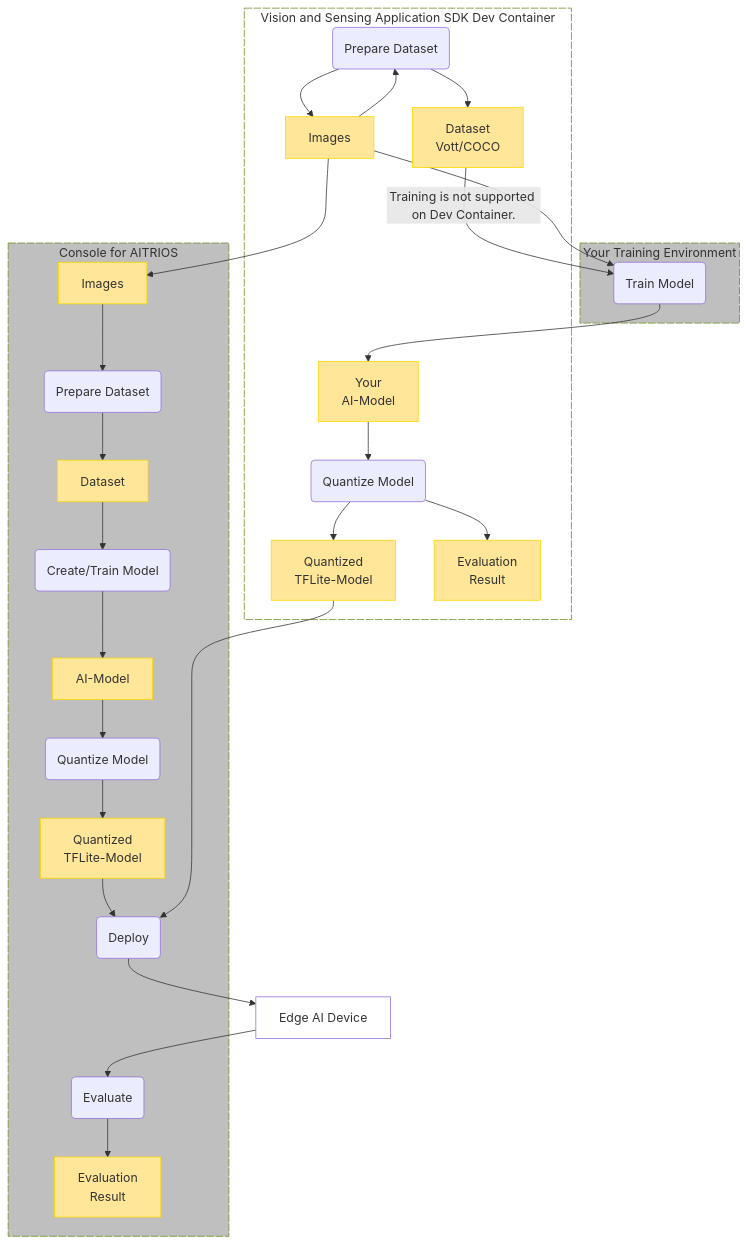
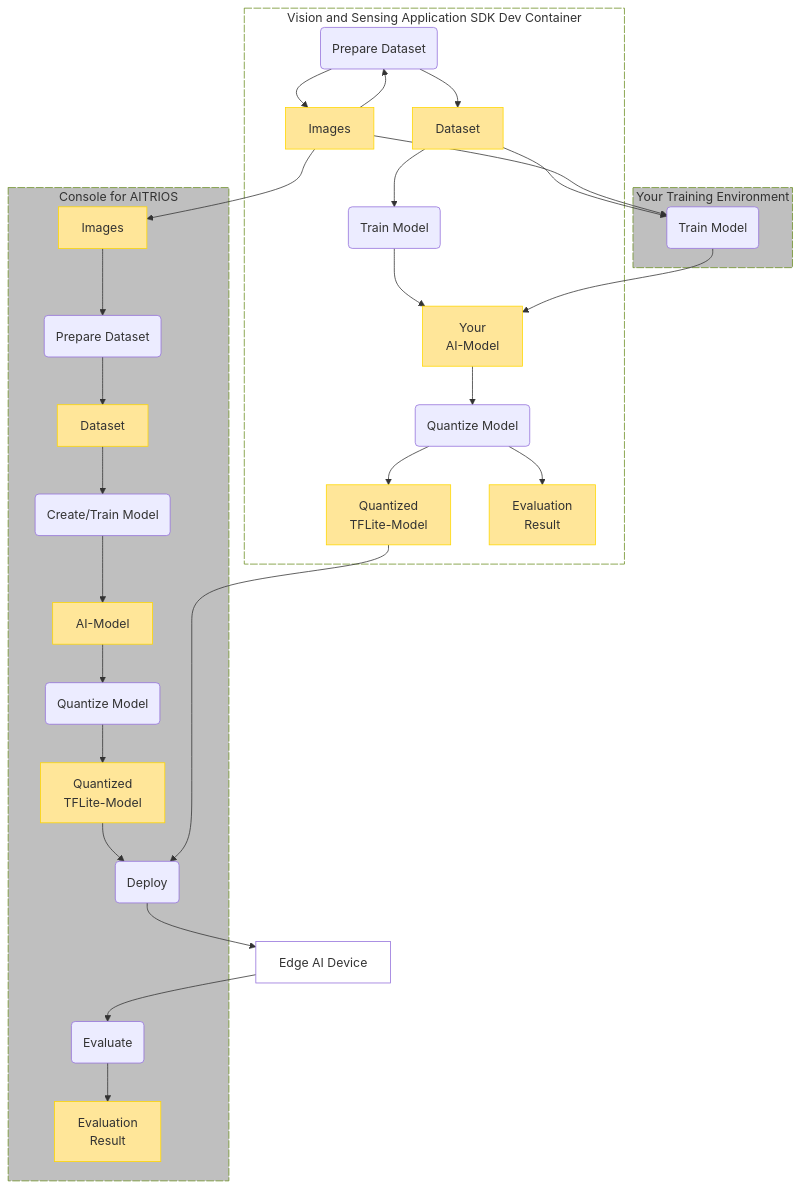
The second of 3 diagrams in README.md (ZucchiniTang/aitrios-sdk-vision-sensing-app), drawn with Mermaid before and after one commit. The commit also changed other lines of this file and 200 other files, not shown here.

````diff
--- a/README.md
+++ b/README.md
@@ -62,71 +62,75 @@
 ```mermaid
 %%{init: {'theme': 'default'}}%%
 graph TB;
     style DevContainer fill:#FFFFFF, stroke:#6b8e23, stroke-dasharray: 10 2
     style Console fill:#BFBFBF, stroke:#6b8e23, stroke-dasharray: 10 2
     style your_env fill:#BFBFBF, stroke:#6b8e23, stroke-dasharray: 10 2
 
     classDef object fill:#FFE699, stroke:#FFD700
     classDef device fill:#FFFFFF
 
     prepare_sdk(Prepare Dataset)
     train_sdk(Train Model)
     quantize_sdk(Quantize Model)
 
+    train_yours(Train Model)
+
     prepare_console(Prepare Dataset)
     train_console(Create/Train Model)
     quantize_console(Quantize Model)
     deploy_console(Deploy)
     eval_console(Evaluate)
 
     img_sdk[Images]:::object
     img_console[Images]:::object
-    data_sdk[Dataset<br>Vott/COCO]:::object
+    data_sdk[Dataset]:::object
     data_console[Dataset]:::object
     ai_model[AI-Model]:::object
     custom_model[Your<br>AI-Model]:::object
     quantize_model_sdk[Quantized<br>TFLite-Model]:::object
     quantize_model_console[Quantized<br>TFLite-Model]:::object
     eval_result_sdk[Evaluation<br>Result]:::object
     eval_result_console[Evaluation<br>Result]:::object
 
     device[Edge AI Device]:::device
 
     subgraph your_env[Your Training Environment]
-        train_sdk
+        train_yours
     end
 
     subgraph Console["Console for AITRIOS"]
         img_console --> prepare_console
         prepare_console --> data_console
 
         data_console --> train_console
         train_console --> ai_model
         ai_model --> quantize_console
         quantize_console --> quantize_model_console
         quantize_model_console --> deploy_console
         eval_console --> eval_result_console
         
     end
 
     deploy_console --> device
     device --> eval_console
 
     subgraph DevContainer[Vision and Sensing Application SDK Dev Container]
         prepare_sdk --> img_sdk
         img_sdk --> prepare_sdk
         prepare_sdk --> data_sdk
+        data_sdk --> train_sdk
+        train_sdk --> custom_model
         custom_model --> quantize_sdk
         %%img_sdk --> quantize_sdk
         quantize_sdk --> quantize_model_sdk
         quantize_sdk --> eval_result_sdk
     end
 
-    data_sdk -->|"Training is not supported on Dev Container."| train_sdk
-    img_sdk --> train_sdk
-    train_sdk --> custom_model
+    data_sdk --> train_yours
+    img_sdk --> train_yours
+    train_yours --> custom_model
     img_sdk --> img_console
     quantize_model_sdk --> deploy_console
 
 
 ```
````
